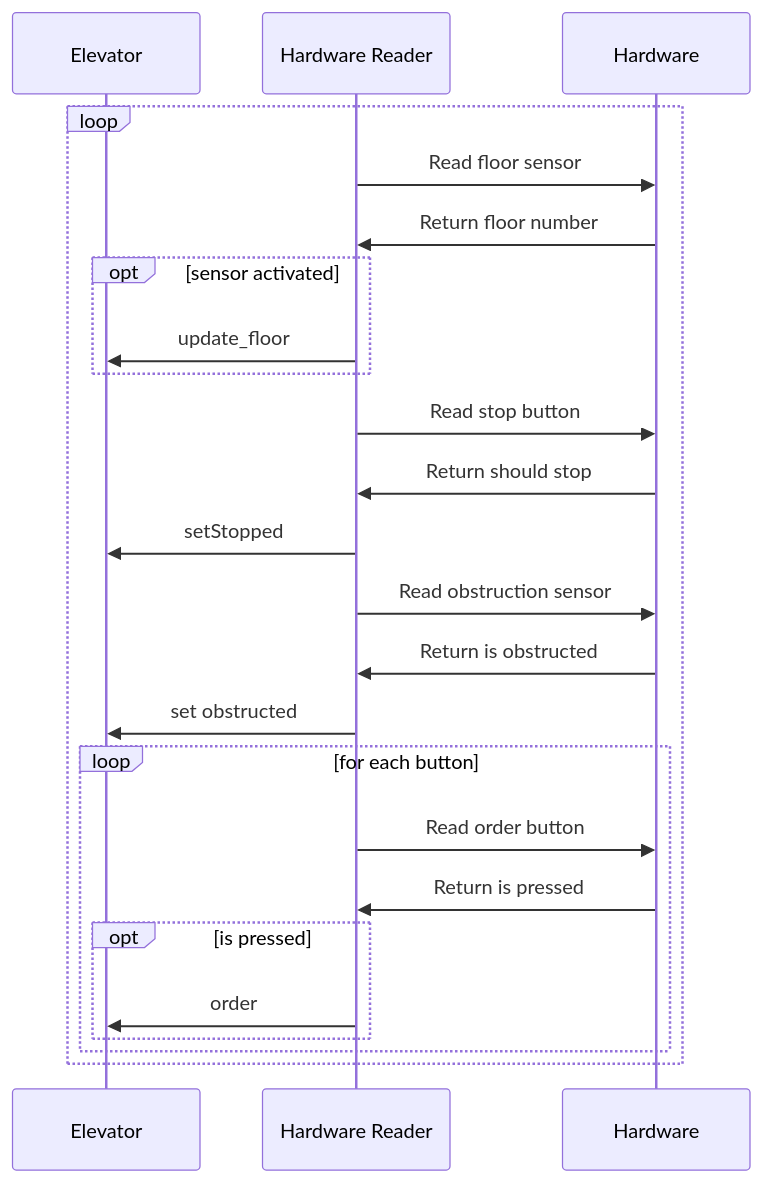
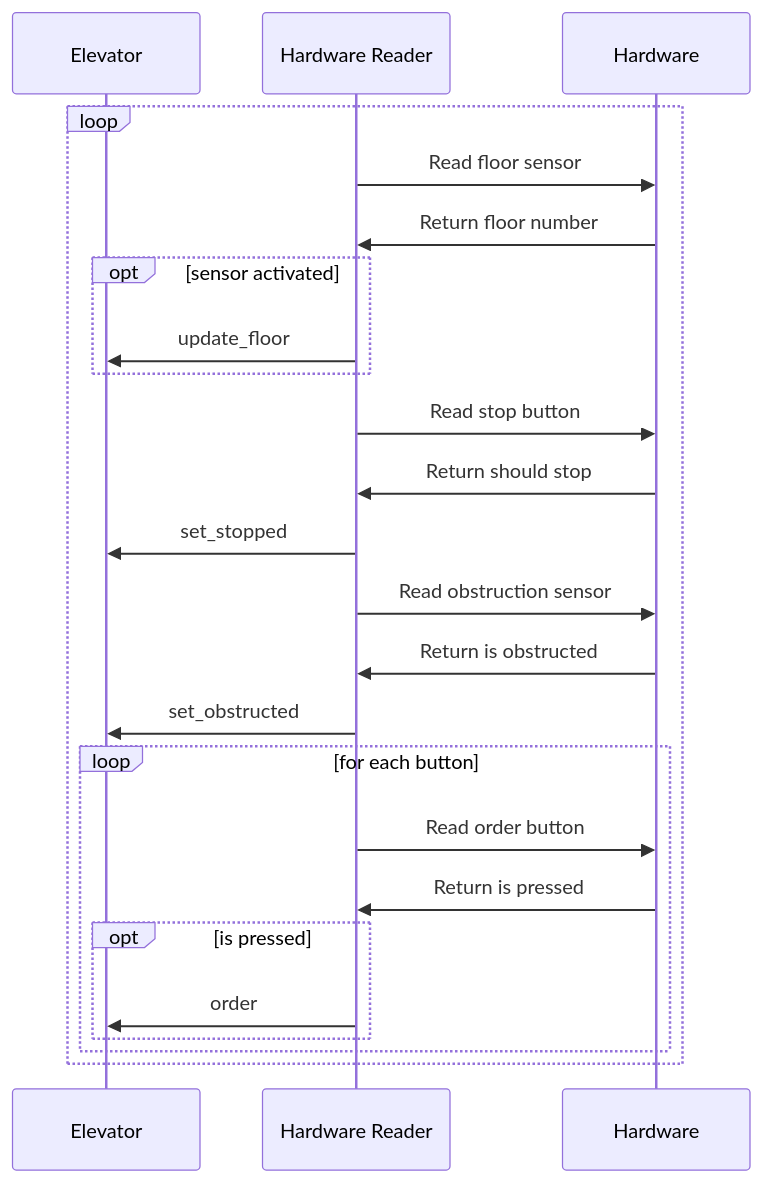
One commit to Emil1483/TTK4235-heis changed the second of 3 diagrams in docs/README.md. Above: the diagram before and after it, drawn with Mermaid. The commit also changed other lines of this file and 8 other files, not shown here.

````diff
--- a/docs/README.md
+++ b/docs/README.md
@@ -66,32 +78,32 @@
 ```mermaid
 sequenceDiagram
     participant E as Elevator
     participant HR as Hardware Reader
     participant H as Hardware
 
     loop
         HR->>H: Read floor sensor
         H->>HR: Return floor number
         opt sensor activated
             HR->>E: update_floor
         end
 
         HR->>H: Read stop button
         H->>HR: Return should stop
 
-        HR->>E: setStopped
+        HR->>E: set_stopped
 
         HR->>H: Read obstruction sensor
         H->>HR: Return is obstructed
-        HR->>E: set obstructed
+        HR->>E: set_obstructed
 
         loop for each button
             HR->>H: Read order button
             H->>HR: Return is pressed
             opt is pressed
                 HR->>E: order
             end
         end
     end
 
 ```
````
